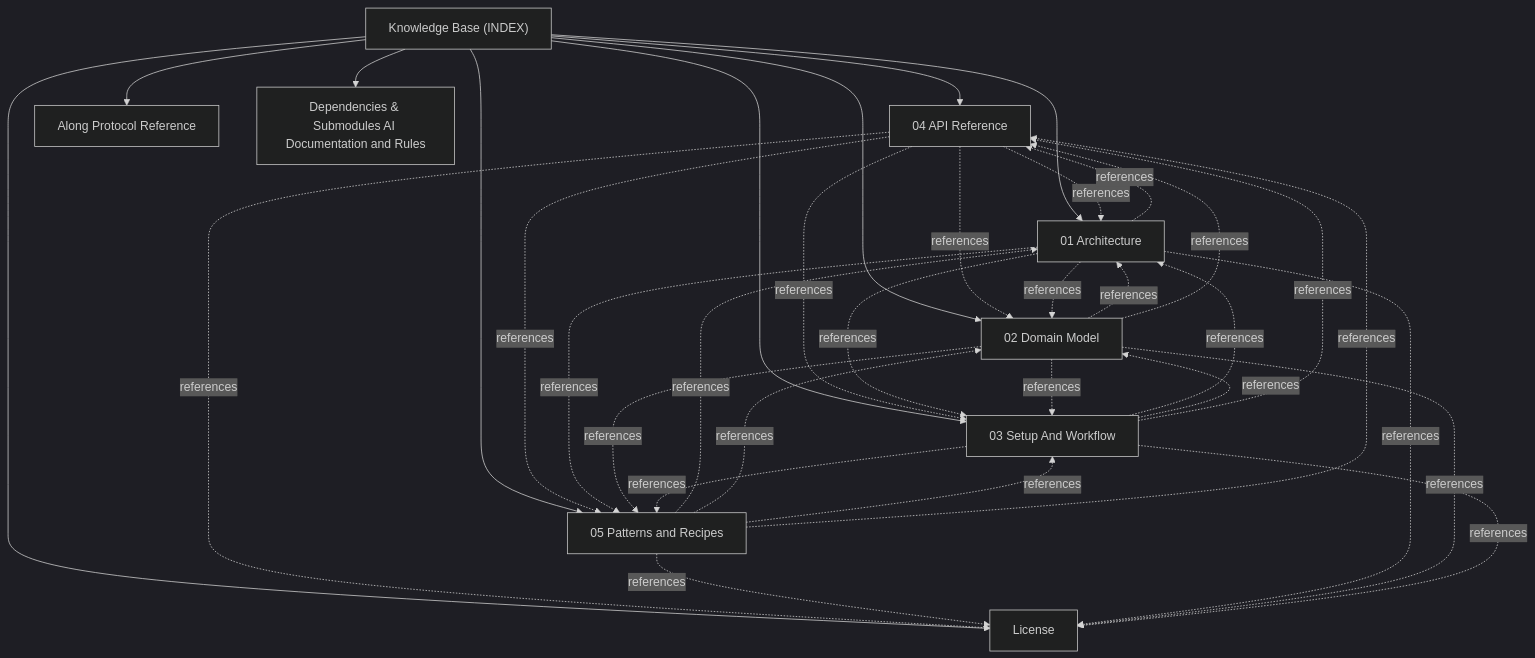
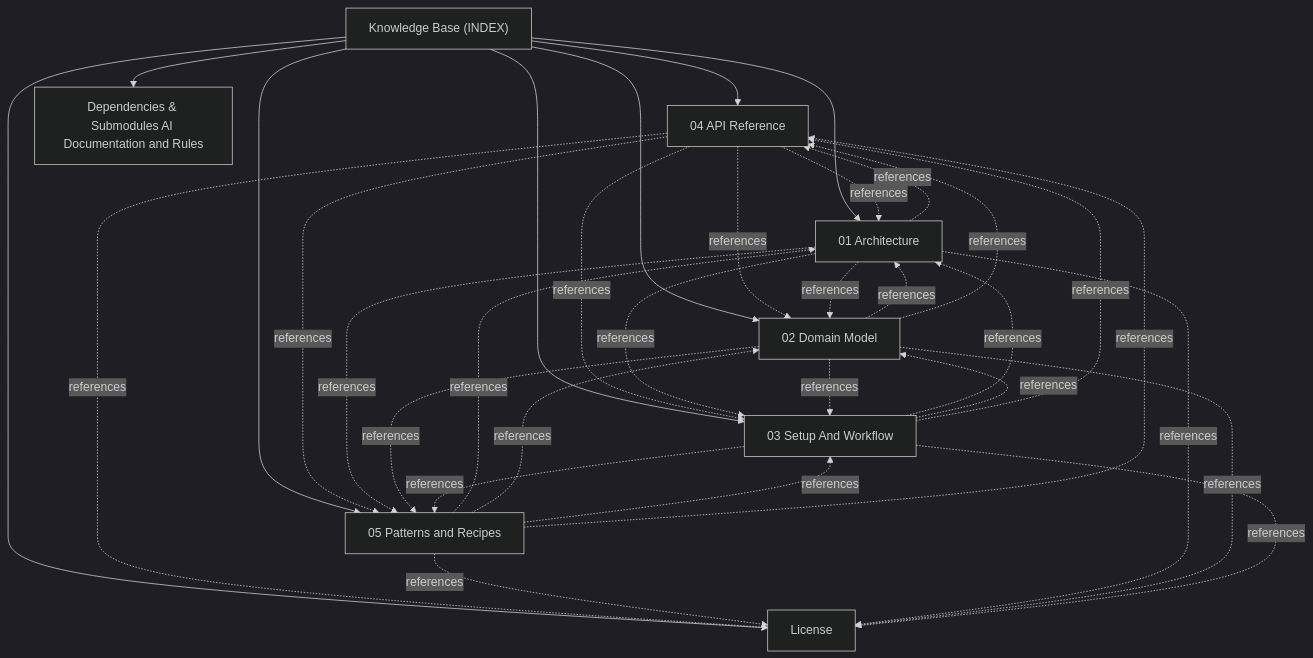
Before and after one commit to actdim/utico: the diagram in docs/INDEX.md, drawn with Mermaid (dark theme). The commit also changed other lines of this file and 4 other files, not shown here.

````diff
--- a/docs/INDEX.md
+++ b/docs/INDEX.md
@@ -17,45 +17,43 @@
 ```mermaid
 flowchart TD
     INDEX["Knowledge Base (INDEX)"]
     T_04_API_REFERENCE["04 API Reference"]
     INDEX --> T_04_API_REFERENCE
     T_05_PATTERNS_AND_RECIPES["05 Patterns and Recipes"]
     INDEX --> T_05_PATTERNS_AND_RECIPES
-    T_ALONG_PROTOCOL["Along Protocol Reference"]
-    INDEX --> T_ALONG_PROTOCOL
     T_ARCHITECTURE["01 Architecture"]
     INDEX --> T_ARCHITECTURE
     T_DEPENDENCIES["Dependencies & Submodules AI Documentation and Rules"]
     INDEX --> T_DEPENDENCIES
     T_DOMAIN_MODEL["02 Domain Model"]
     INDEX --> T_DOMAIN_MODEL
     T_LICENSE["License"]
     INDEX --> T_LICENSE
     T_SETUP_AND_WORKFLOW["03 Setup And Workflow"]
     INDEX --> T_SETUP_AND_WORKFLOW
     T_04_API_REFERENCE -.->|references| T_ARCHITECTURE
     T_04_API_REFERENCE -.->|references| T_DOMAIN_MODEL
     T_04_API_REFERENCE -.->|references| T_SETUP_AND_WORKFLOW
     T_04_API_REFERENCE -.->|references| T_05_PATTERNS_AND_RECIPES
     T_04_API_REFERENCE -.->|references| T_LICENSE
     T_05_PATTERNS_AND_RECIPES -.->|references| T_ARCHITECTURE
     T_05_PATTERNS_AND_RECIPES -.->|references| T_DOMAIN_MODEL
     T_05_PATTERNS_AND_RECIPES -.->|references| T_SETUP_AND_WORKFLOW
     T_05_PATTERNS_AND_RECIPES -.->|references| T_04_API_REFERENCE
     T_05_PATTERNS_AND_RECIPES -.->|references| T_LICENSE
     T_ARCHITECTURE -.->|references| T_DOMAIN_MODEL
     T_ARCHITECTURE -.->|references| T_SETUP_AND_WORKFLOW
     T_ARCHITECTURE -.->|references| T_04_API_REFERENCE
     T_ARCHITECTURE -.->|references| T_05_PATTERNS_AND_RECIPES
     T_ARCHITECTURE -.->|references| T_LICENSE
     T_DOMAIN_MODEL -.->|references| T_ARCHITECTURE
     T_DOMAIN_MODEL -.->|references| T_SETUP_AND_WORKFLOW
     T_DOMAIN_MODEL -.->|references| T_04_API_REFERENCE
     T_DOMAIN_MODEL -.->|references| T_05_PATTERNS_AND_RECIPES
     T_DOMAIN_MODEL -.->|references| T_LICENSE
     T_SETUP_AND_WORKFLOW -.->|references| T_ARCHITECTURE
     T_SETUP_AND_WORKFLOW -.->|references| T_DOMAIN_MODEL
     T_SETUP_AND_WORKFLOW -.->|references| T_04_API_REFERENCE
     T_SETUP_AND_WORKFLOW -.->|references| T_05_PATTERNS_AND_RECIPES
     T_SETUP_AND_WORKFLOW -.->|references| T_LICENSE
 ```
````
